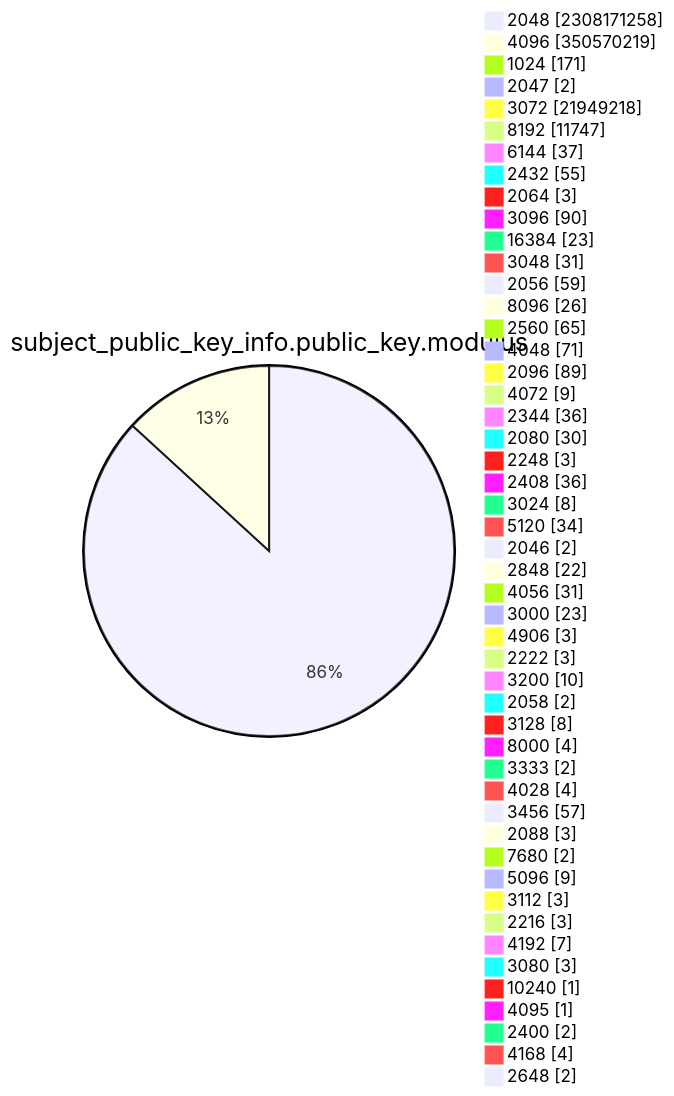
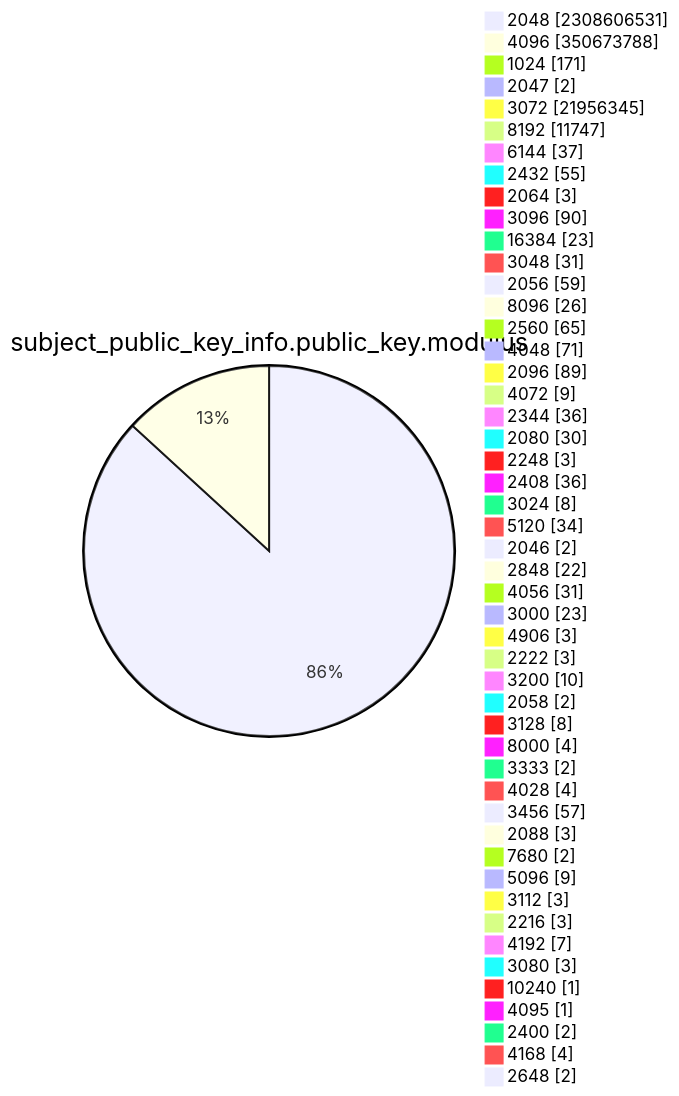
Before and after one commit to christiankrug/ctmonitor_visualization: diagram 13 of 15 in TOTAL/README.md, drawn with Mermaid. The commit also changed other lines of this file, not shown here.

````diff
--- a/TOTAL/README.md
+++ b/TOTAL/README.md
@@ -4165,53 +4165,53 @@
 ```mermaid
 pie showData
 title subject_public_key_info.public_key.modulus
-"2048" :2308171258
-"4096" :350570219
+"2048" :2308606531
+"4096" :350673788
 "1024" :171
 "2047" :2
-"3072" :21949218
+"3072" :21956345
 "8192" :11747
 "6144" :37
 "2432" :55
 "2064" :3
 "3096" :90
 "16384" :23
 "3048" :31
 "2056" :59
 "8096" :26
 "2560" :65
 "4048" :71
 "2096" :89
 "4072" :9
 "2344" :36
 "2080" :30
 "2248" :3
 "2408" :36
 "3024" :8
 "5120" :34
 "2046" :2
 "2848" :22
 "4056" :31
 "3000" :23
 "4906" :3
 "2222" :3
 "3200" :10
 "2058" :2
 "3128" :8
 "8000" :4
 "3333" :2
 "4028" :4
 "3456" :57
 "2088" :3
 "7680" :2
 "5096" :9
 "3112" :3
 "2216" :3
 "4192" :7
 "3080" :3
 "10240" :1
 "4095" :1
 "2400" :2
 "4168" :4
 "2648" :2
 ```
````
